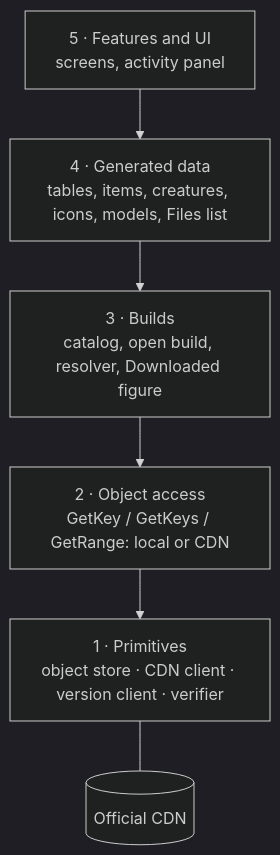
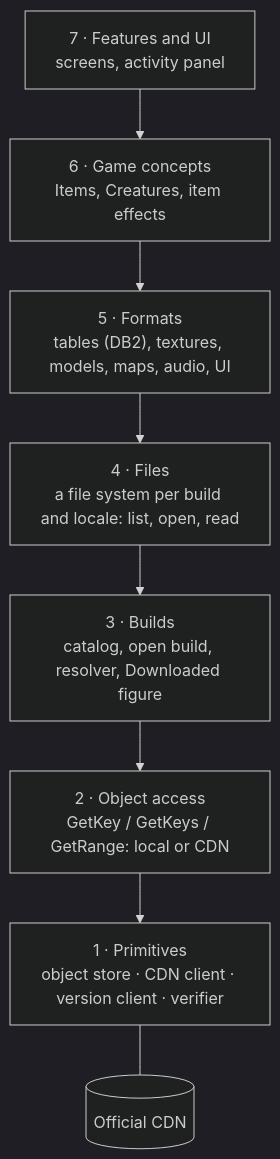
One commit to aircan80/vibeminer changed the first of 2 diagrams in docs/ARCHITECTURE.md. Above: the diagram before and after it, drawn with Mermaid (dark theme). The commit also changed other lines of this file, not shown here.

First line of the commit message:
Split generated data into Files, Formats and Game concepts layers

````diff
--- a/docs/ARCHITECTURE.md
+++ b/docs/ARCHITECTURE.md
@@ -11,10 +11,12 @@
 ```mermaid
 flowchart TB
-  L5["5 · Features and UI<br/>screens, activity panel"]
-  L4["4 · Generated data<br/>tables, items, creatures, icons, models, Files list"]
+  L7["7 · Features and UI<br/>screens, activity panel"]
+  L6["6 · Game concepts<br/>Items, Creatures, item effects"]
+  L5["5 · Formats<br/>tables (DB2), textures, models, maps, audio, UI"]
+  L4["4 · Files<br/>a file system per build and locale: list, open, read"]
   L3["3 · Builds<br/>catalog, open build, resolver, Downloaded figure"]
   L2["2 · Object access<br/>GetKey / GetKeys / GetRange: local or CDN"]
   L1["1 · Primitives<br/>object store · CDN client · version client · verifier"]
-  L5 --> L4 --> L3 --> L2 --> L1
+  L7 --> L6 --> L5 --> L4 --> L3 --> L2 --> L1
   L1 --- CDN[(Official CDN)]
 ```
````
